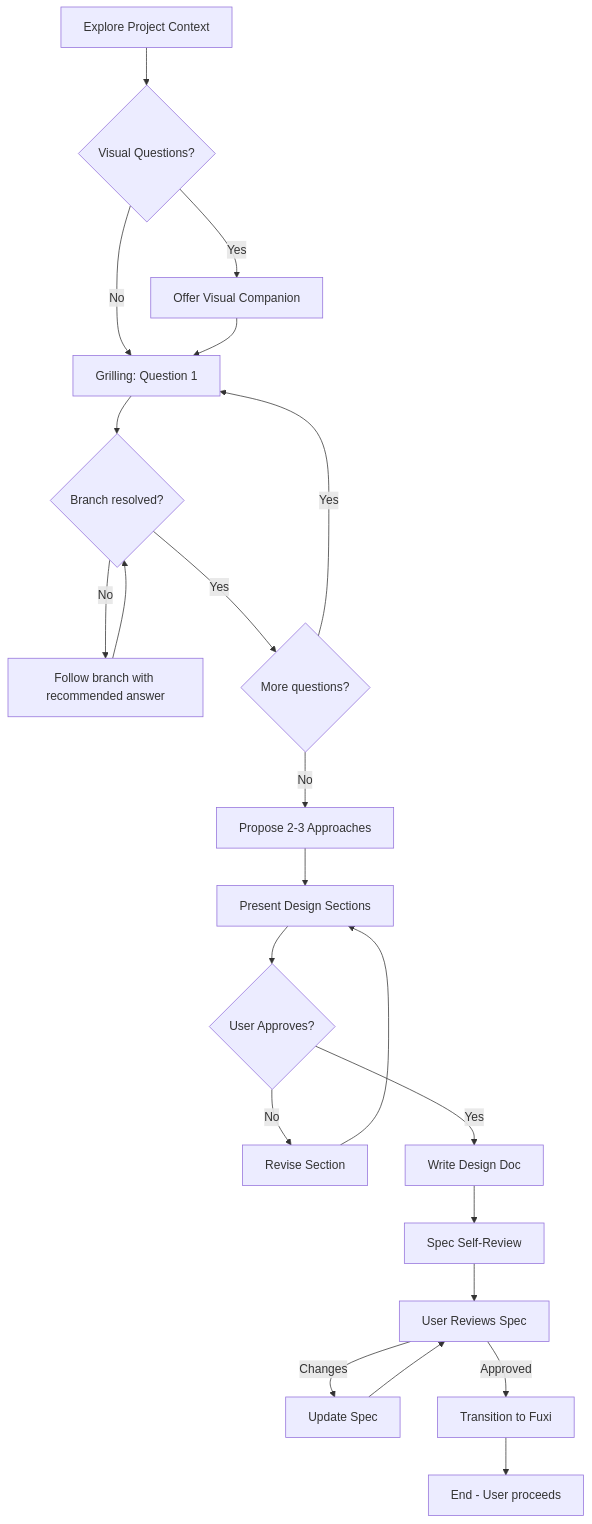
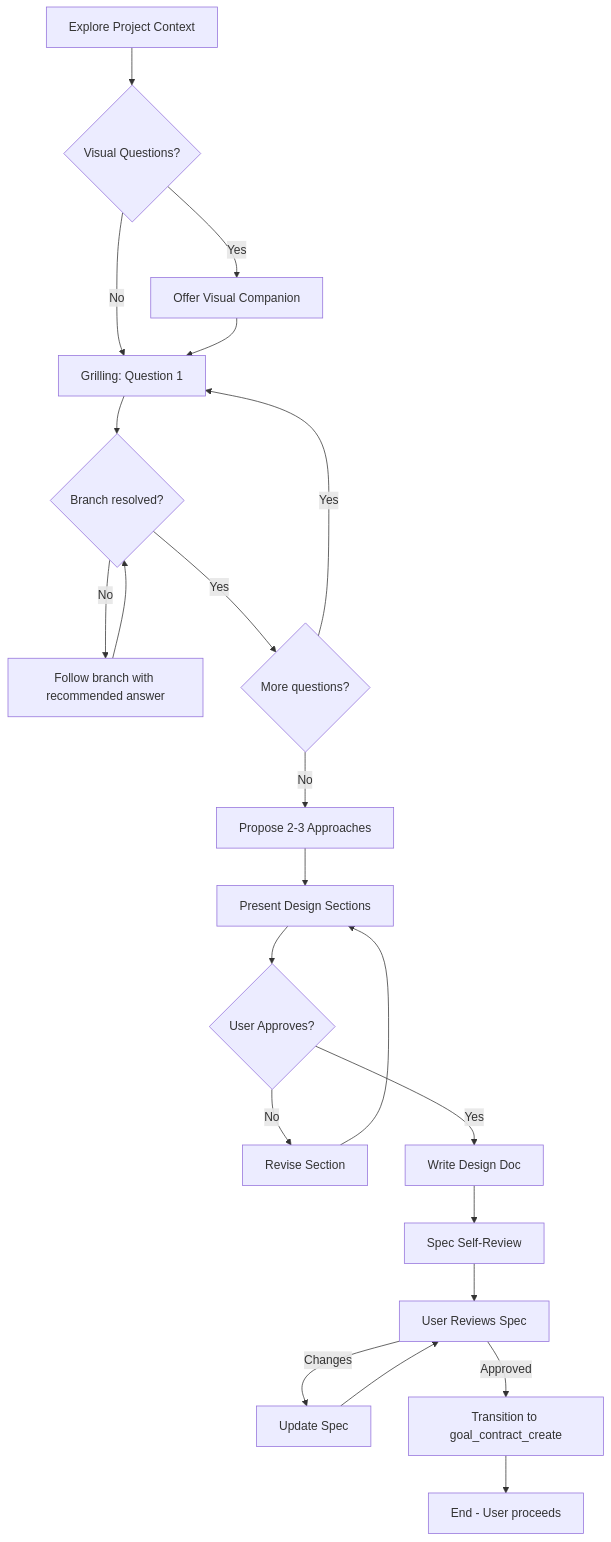
The diagram in pi/skills/brainstorming/SKILL.md (vanpipy/sages), drawn with Mermaid before and after one commit. The commit also changed other lines of this file and 15 other files, not shown here.

````diff
--- a/pi/skills/brainstorming/SKILL.md
+++ b/pi/skills/brainstorming/SKILL.md
@@ -38,24 +38,24 @@
 ```mermaid
 flowchart TD
     A[Explore Project Context] --> B{Visual Questions?}
     B -->|Yes| C[Offer Visual Companion]
     B -->|No| D[Grilling: Question 1]
     C --> D
     D --> E{Branch resolved?}
     E -->|No| F[Follow branch with recommended answer]
     F --> E
     E -->|Yes| G{More questions?}
     G -->|Yes| D
     G -->|No| H[Propose 2-3 Approaches]
     H --> I[Present Design Sections]
     I --> J{User Approves?}
     J -->|No| K[Revise Section]
     K --> I
     J -->|Yes| L[Write Design Doc]
     L --> M[Spec Self-Review]
     M --> N[User Reviews Spec]
     N -->|Changes| O[Update Spec]
     O --> N
-    N -->|Approved| P[Transition to Fuxi]
+    N -->|Approved| P[Transition to goal_contract_create]
     P --> Q[End - User proceeds]
 ```
````
